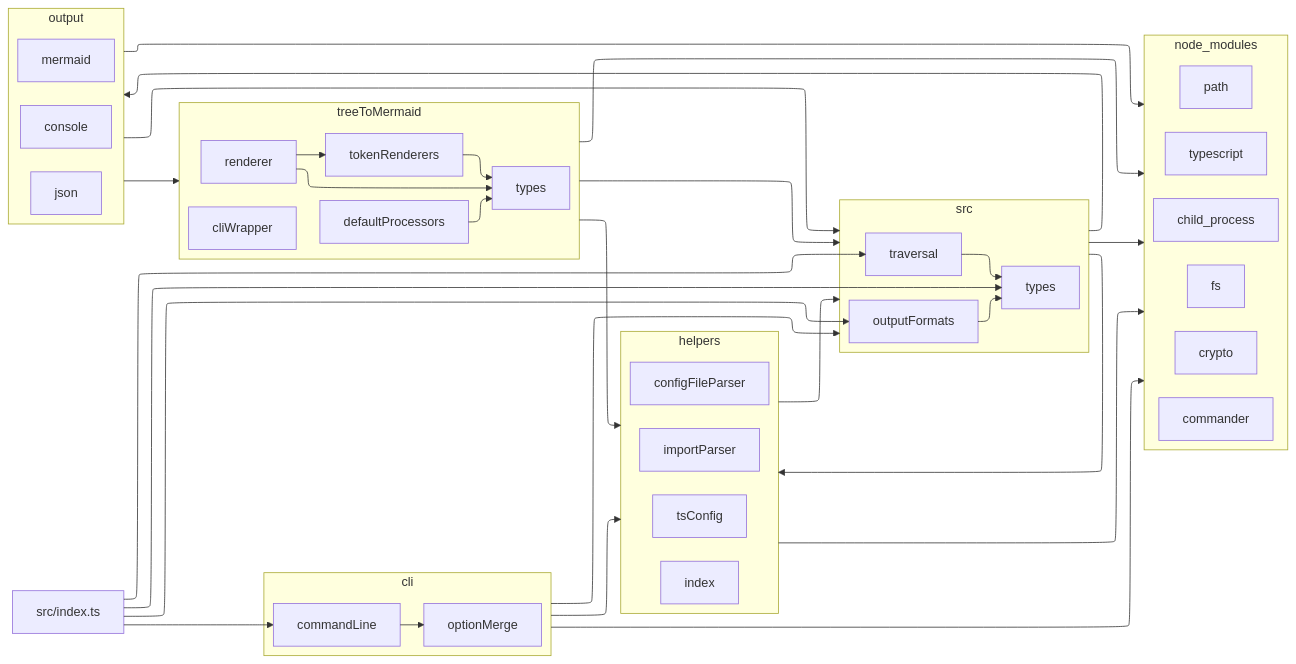
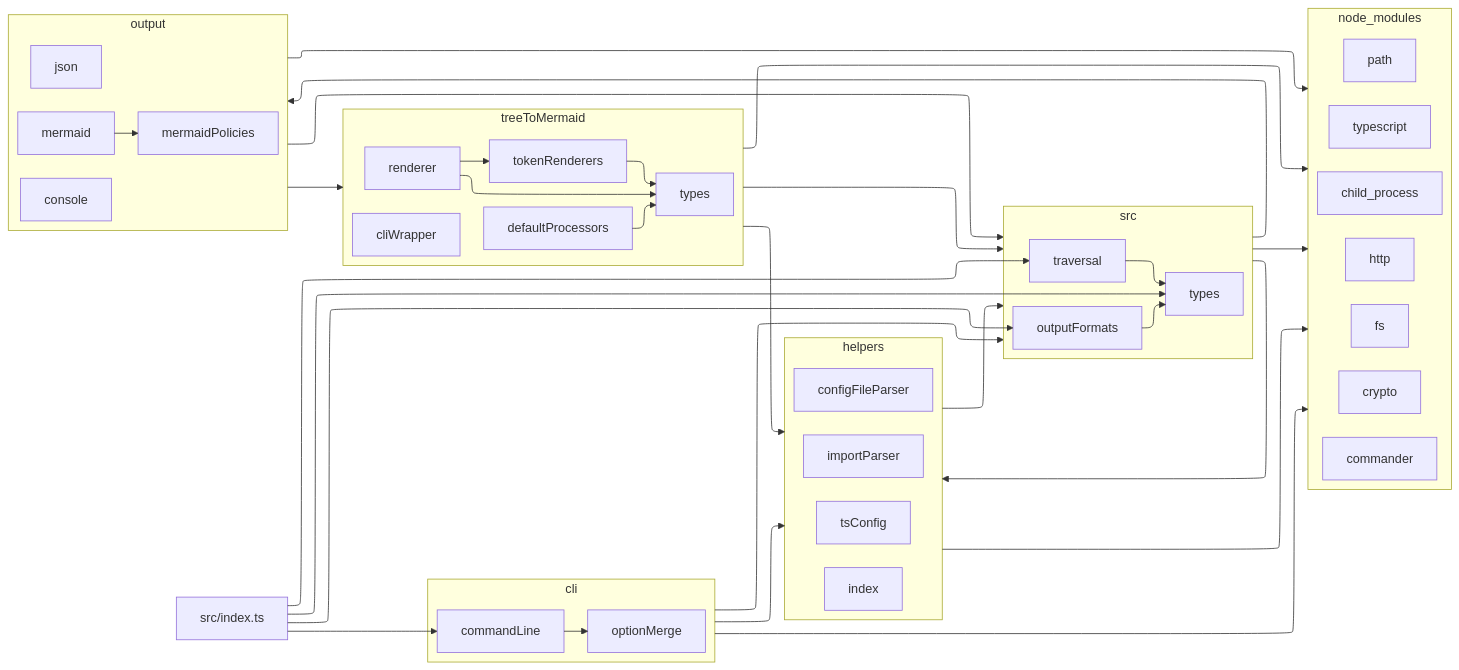
Before and after one commit to Klemeesi/ts-insp: the diagram in docs/MermaidExample.md, drawn with Mermaid. The commit also changed 9 other files, not shown here.

Commit message:
38 More configuration options for mermaid

````diff
--- a/docs/MermaidExample.md
+++ b/docs/MermaidExample.md
@@ -1,70 +1,73 @@
 ```mermaid
 ---
 config:
   layout: elk
   theme: default
 ---
 graph LR
 root["src/index.ts"]
 subgraph src
 97436aa4caaa9fe6c1f7fbda54bea5c5["traversal"]
 152b731d9960fa8a94d223c73a70437c["types"]
 1fe092282d1f404a83c6dfaa449427eb["outputFormats"]
 end
 subgraph node_modules
 ee253c483834accc136016fd0cfda308["typescript"]
 bc7b36fe4d2924e49800d9b3dc4a325c["fs"]
 d6fe1d0be6347b8ef2427fa629c04485["path"]
 5ae9b7f211e23aac3df5f2b8f3b8eada["crypto"]
 590e227ecebc0951e8994717b1bc8669["commander"]
 6bdd121cf07238ae4acd0de370dd13bf["child_process"]
+80791b3ae7002cb88c246876d9faa8f8["http"]
 end
 subgraph helpers
 89368ad2b907401c75ac83d0c8f51150["importParser"]
 333f22f566da67b693a352a010116a59["tsConfig"]
 3fb28eb5baf18d345d0ad93d7e341109["configFileParser"]
 ef9f86388078e0560db65509eefba48d["index"]
 end
 subgraph cli
 6eabf6036c1cd8aaca6f56d1c8fb63e0["commandLine"]
 e414dc75f5dcbe2827116d5050a8c6fa["optionMerge"]
 end
 subgraph output
 7029e3f6954c28b14ceaef910bc2c07b["console"]
 1cdc6bd921f66f50622b5c56a23a8d72["json"]
 3c9aeb9e1a663982bf18432623f081c0["mermaid"]
+02be73a92c1e73068fee3f6a5570552a["mermaidPolicies"]
 end
 subgraph treeToMermaid
 5fc5c7f77b9094999991e4a88935bbc8["renderer"]
 ba94a21f1b99f22bcbee495161be6017["tokenRenderers"]
 43b2c294408e9aca405ff8cc04120742["types"]
 a7c2c5aebf261da9ed0ec6111e63d2d3["defaultProcessors"]
 45fc45c3c3ddc9a6a05b8fa52cbd234c["cliWrapper"]
 end
 root root_97436aa4caaa9fe6c1f7fbda54bea5c5@--> 97436aa4caaa9fe6c1f7fbda54bea5c5
 src src_node_modules@--> node_modules
 97436aa4caaa9fe6c1f7fbda54bea5c5 97436aa4caaa9fe6c1f7fbda54bea5c5_152b731d9960fa8a94d223c73a70437c@--> 152b731d9960fa8a94d223c73a70437c
 src src_helpers@--> helpers
 helpers helpers_node_modules@--> node_modules
 helpers helpers_src@--> src
 root root_6eabf6036c1cd8aaca6f56d1c8fb63e0@--> 6eabf6036c1cd8aaca6f56d1c8fb63e0
 cli cli_node_modules@--> node_modules
 cli cli_src@--> src
 cli cli_helpers@--> helpers
 6eabf6036c1cd8aaca6f56d1c8fb63e0 6eabf6036c1cd8aaca6f56d1c8fb63e0_e414dc75f5dcbe2827116d5050a8c6fa@--> e414dc75f5dcbe2827116d5050a8c6fa
 root root_152b731d9960fa8a94d223c73a70437c@--> 152b731d9960fa8a94d223c73a70437c
 root root_1fe092282d1f404a83c6dfaa449427eb@--> 1fe092282d1f404a83c6dfaa449427eb
 1fe092282d1f404a83c6dfaa449427eb 1fe092282d1f404a83c6dfaa449427eb_152b731d9960fa8a94d223c73a70437c@--> 152b731d9960fa8a94d223c73a70437c
 src src_output@--> output
 output output_src@--> src
 output output_node_modules@--> node_modules
 output output_treeToMermaid@--> treeToMermaid
 treeToMermaid treeToMermaid_helpers@--> helpers
 5fc5c7f77b9094999991e4a88935bbc8 5fc5c7f77b9094999991e4a88935bbc8_ba94a21f1b99f22bcbee495161be6017@--> ba94a21f1b99f22bcbee495161be6017
 ba94a21f1b99f22bcbee495161be6017 ba94a21f1b99f22bcbee495161be6017_43b2c294408e9aca405ff8cc04120742@--> 43b2c294408e9aca405ff8cc04120742
 5fc5c7f77b9094999991e4a88935bbc8 5fc5c7f77b9094999991e4a88935bbc8_43b2c294408e9aca405ff8cc04120742@--> 43b2c294408e9aca405ff8cc04120742
 treeToMermaid treeToMermaid_src@--> src
 a7c2c5aebf261da9ed0ec6111e63d2d3 a7c2c5aebf261da9ed0ec6111e63d2d3_43b2c294408e9aca405ff8cc04120742@--> 43b2c294408e9aca405ff8cc04120742
 treeToMermaid treeToMermaid_node_modules@--> node_modules
+3c9aeb9e1a663982bf18432623f081c0 3c9aeb9e1a663982bf18432623f081c0_02be73a92c1e73068fee3f6a5570552a@--> 02be73a92c1e73068fee3f6a5570552a
 
 ```
````
